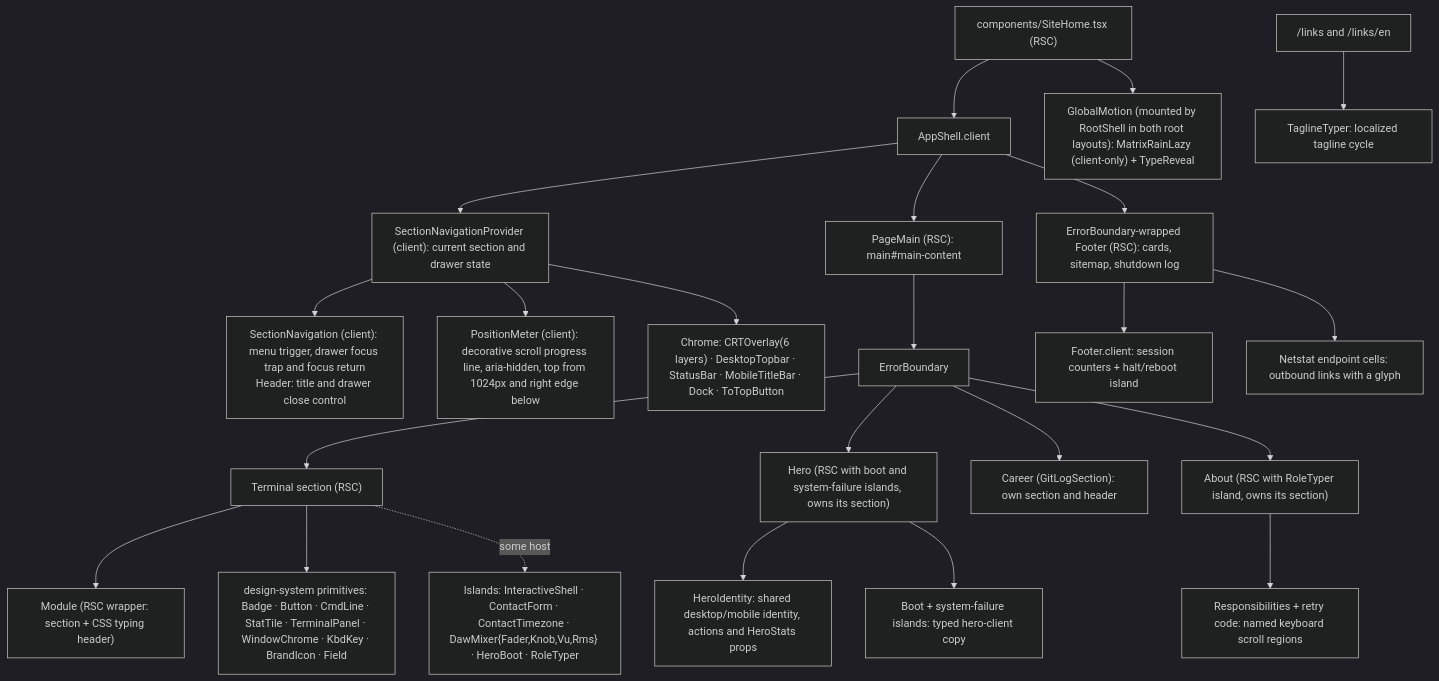
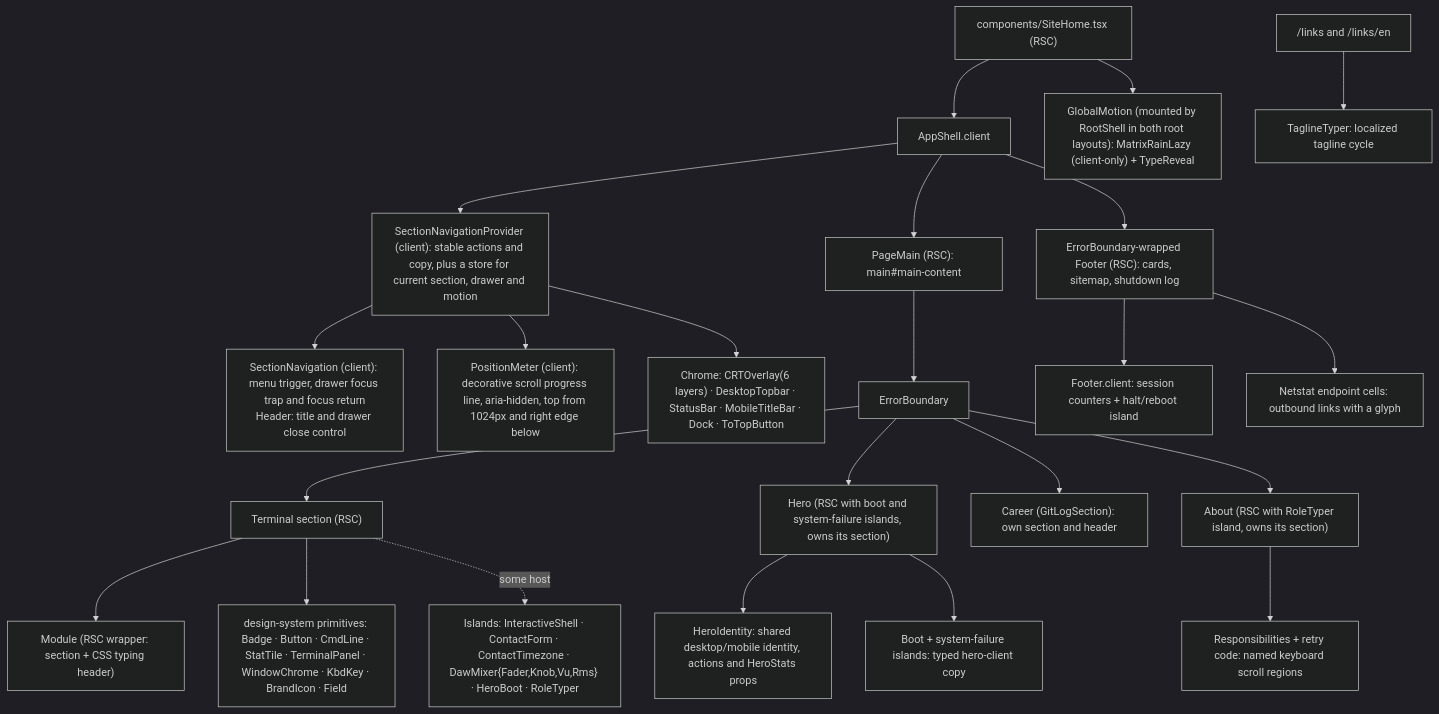
The first of 2 diagrams in docs/04-components-and-state.md (erikunha/portfolio), drawn with Mermaid (dark theme) before and after one commit. The commit also changed other lines of this file and 17 other files, not shown here.

````diff
--- a/docs/04-components-and-state.md
+++ b/docs/04-components-and-state.md
@@ -32,25 +32,25 @@
 ```mermaid
 flowchart TD
     page["components/SiteHome.tsx (RSC)"] --> shell["AppShell.client"]
-    shell --> navigation["SectionNavigationProvider (client): current section and drawer state"]
+    shell --> navigation["SectionNavigationProvider (client): stable actions and copy, plus a store for current section, drawer and motion"]
     navigation --> rail["SectionNavigation (client): menu trigger, drawer focus trap and focus return<br/>Header: title and drawer close control"]
     navigation --> position["PositionMeter (client): decorative scroll progress line, aria-hidden, top from 1024px and right edge below"]
     navigation --> chrome["Chrome: CRTOverlay(6 layers) · DesktopTopbar · StatusBar · MobileTitleBar · Dock · ToTopButton"]
     page --> gm["GlobalMotion (mounted by RootShell in both root layouts): MatrixRainLazy (client-only) + TypeReveal"]
     shell --> main["PageMain (RSC): main#main-content"]
     main --> eb["ErrorBoundary"]
     eb --> sec["Terminal section (RSC)"]
     sec --> mod["Module (RSC wrapper: section + CSS typing header)"]
     sec --> dsp["design-system primitives: Badge · Button · CmdLine · StatTile · TerminalPanel · WindowChrome · KbdKey · BrandIcon · Field"]
     sec -. some host .-> isl["Islands: InteractiveShell · ContactForm · ContactTimezone · DawMixer{Fader,Knob,Vu,Rms} · HeroBoot · RoleTyper"]
     eb --> hero["Hero (RSC with boot and system-failure islands, owns its section)"]
     hero --> identity["HeroIdentity: shared desktop/mobile identity, actions and HeroStats props"]
     hero --> clientcopy["Boot + system-failure islands: typed hero-client copy"]
     eb --> career["Career (GitLogSection): own section and header"]
     eb --> about["About (RSC with RoleTyper island, owns its section)"]
     about --> scroll["Responsibilities + retry code: named keyboard scroll regions"]
     shell --> fl["ErrorBoundary-wrapped Footer (RSC): cards, sitemap, shutdown log"]
     fl --> fi["Footer.client: session counters + halt/reboot island"]
     fl --> fc["Netstat endpoint cells: outbound links with a glyph"]
     links["/links and /links/en"] --> tagline["TaglineTyper: localized tagline cycle"]
 ```
````
